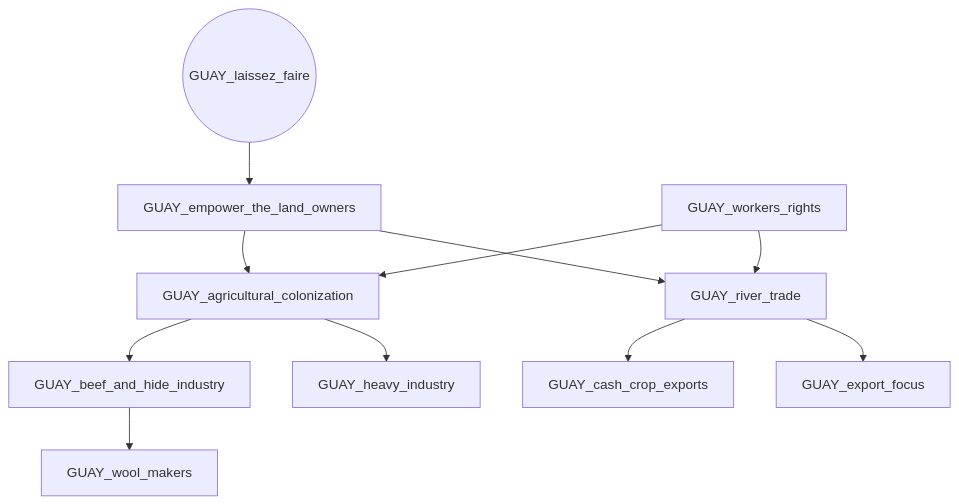
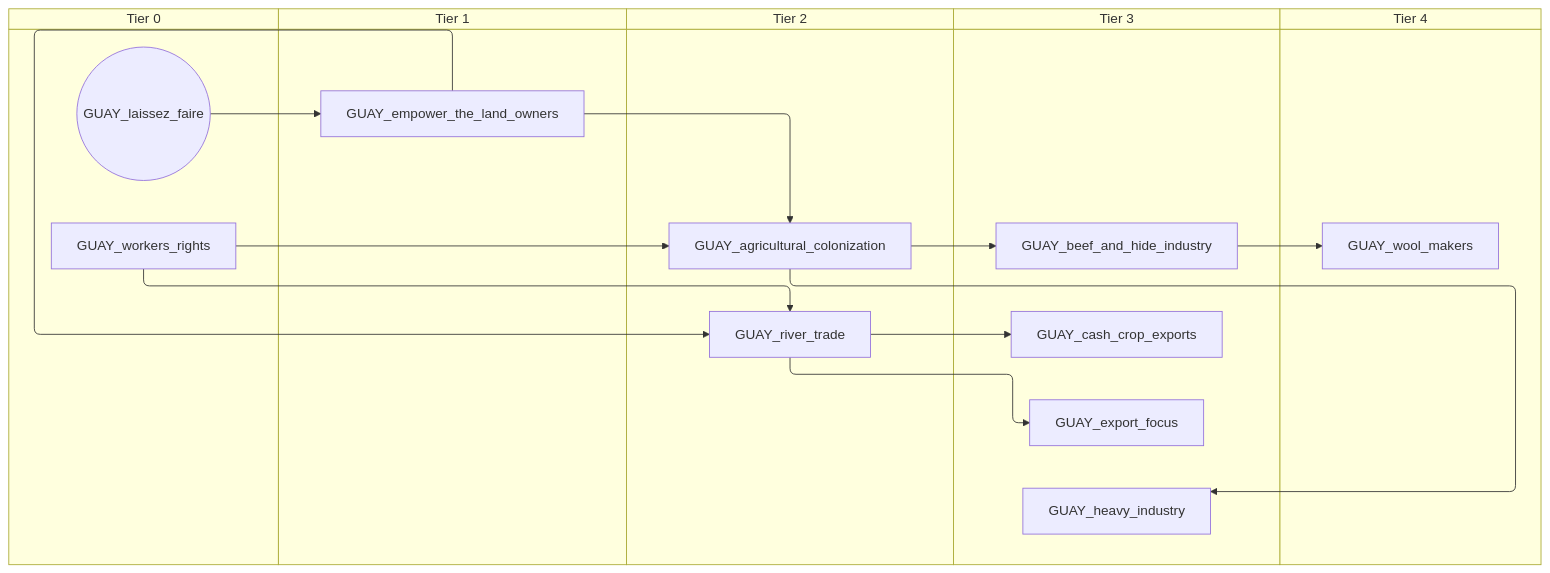
Before and after one commit to evgeny-sobol/hoi4-sandbox-mode-r56: the third of 7 diagrams in docs/gdd/National Focuses/paraguay_uruguay_shared_branch.md, drawn with Mermaid. The commit also changed other lines of this file and 423 other files, not shown here.

First line of the commit message:
Re-export Rt56 focus trees as swimlane diagrams

````diff
--- a/docs/gdd/National Focuses/paraguay_uruguay_shared_branch.md
+++ b/docs/gdd/National Focuses/paraguay_uruguay_shared_branch.md
@@ -80,23 +100,33 @@
 ```mermaid
-flowchart TD
-    n24["GUAY_agricultural_colonization"]
-    n25["GUAY_beef_and_hide_industry"]
-    n26["GUAY_cash_crop_exports"]
-    n27["GUAY_empower_the_land_owners"]
-    n28["GUAY_export_focus"]
-    n29["GUAY_heavy_industry"]
-    n30(("GUAY_laissez_faire"))
-    n31["GUAY_river_trade"]
-    n32["GUAY_wool_makers"]
-    n33["GUAY_workers_rights"]
-    n33 --> n24
-    n27 --> n24
-    n24 --> n25
-    n31 --> n26
-    n30 --> n27
-    n31 --> n28
-    n24 --> n29
-    n27 --> n31
-    n33 --> n31
-    n25 --> n32
+swimlane-beta TD
+    subgraph tier_0["Tier 0"]
+        n24(("GUAY_laissez_faire"))
+        n25["GUAY_workers_rights"]
+    end
+    subgraph tier_1["Tier 1"]
+        n26["GUAY_empower_the_land_owners"]
+    end
+    subgraph tier_2["Tier 2"]
+        n27["GUAY_agricultural_colonization"]
+        n28["GUAY_river_trade"]
+    end
+    subgraph tier_3["Tier 3"]
+        n29["GUAY_beef_and_hide_industry"]
+        n30["GUAY_cash_crop_exports"]
+        n31["GUAY_export_focus"]
+        n32["GUAY_heavy_industry"]
+    end
+    subgraph tier_4["Tier 4"]
+        n33["GUAY_wool_makers"]
+    end
+    n25 --> n27
+    n26 --> n27
+    n27 --> n29
+    n28 --> n30
+    n24 --> n26
+    n28 --> n31
+    n27 --> n32
+    n26 --> n28
+    n25 --> n28
+    n29 --> n33
 ```
````
